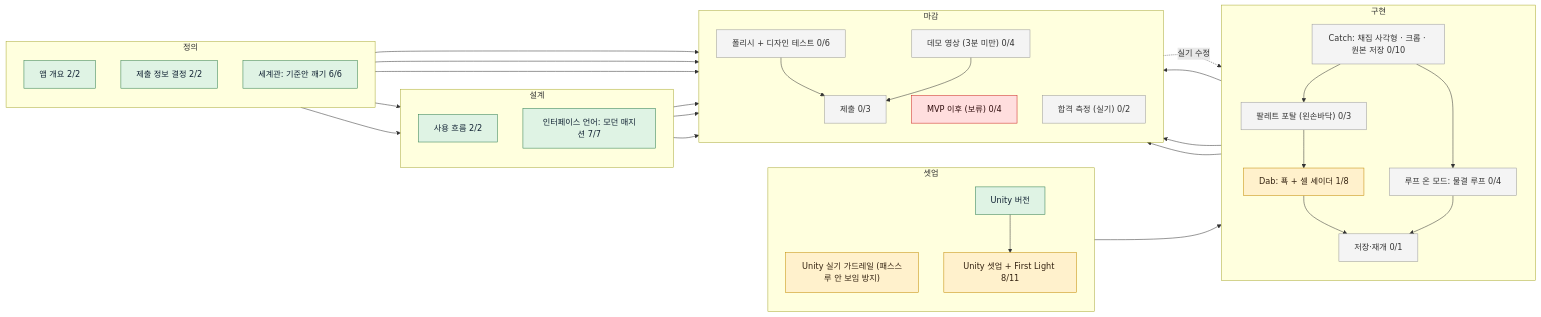
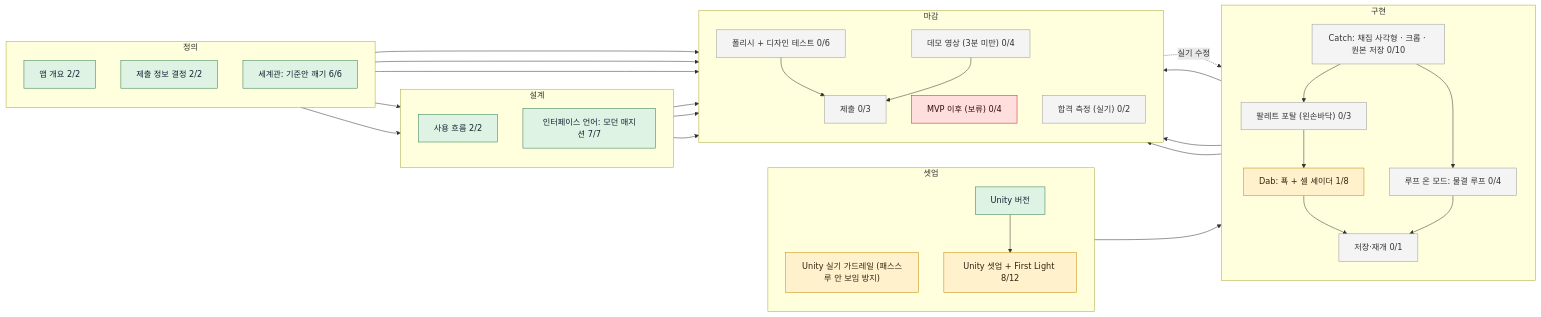
One commit to reality404studio/meta-mr-picker changed the diagram in board/BOARD.md. Above: the diagram before and after it, drawn with Mermaid. The commit also changed other lines of this file and 2 other files, not shown here.

````diff
--- a/board/BOARD.md
+++ b/board/BOARD.md
@@ -18,63 +18,63 @@
 ```mermaid
 flowchart LR
   subgraph s_define["정의"]
     direction TB
     brief["앱 개요 2/2"]:::done
     submit_meta["제출 정보 결정 2/2"]:::done
     world["세계관: 기준안 깨기 6/6"]:::done
   end
   subgraph s_design["설계"]
     direction TB
     usage_flow["사용 흐름 2/2"]:::done
     interface["인터페이스 언어: 모던 매지션 7/7"]:::done
   end
   subgraph s_prototype["셋업"]
     direction TB
     use_unity_guardrails["Unity 실기 가드레일 (패스스루 안 보임 방지)"]:::doing
     use_unity_version["Unity 버전"]:::done
-    setup["Unity 셋업 + First Light 8/11"]:::doing
+    setup["Unity 셋업 + First Light 8/12"]:::doing
   end
   subgraph s_build["구현"]
     direction TB
     catch["Catch: 채집 사각형 · 크롭 · 원본 저장 0/10"]:::todo
     loop["루프 온 모드: 물결 루프 0/4"]:::todo
     portal["팔레트 포탈 (왼손바닥) 0/3"]:::todo
     dab["Dab: 푝 + 셀 셰이더 1/8"]:::doing
     export["저장·재개 0/1"]:::todo
   end
   subgraph s_review["마감"]
     direction TB
     polish["폴리시 + 디자인 테스트 0/6"]:::todo
     demo_video["데모 영상 (3분 미만) 0/4"]:::todo
     submit["제출 0/3"]:::todo
     post_mvp["MVP 이후 (보류) 0/4"]:::blocked
     acceptance["합격 측정 (실기) 0/2"]:::todo
   end
   brief --> usage_flow
   use_unity_version --> setup
   setup --> catch
   catch --> loop
   catch --> portal
   portal --> dab
   dab --> export
   loop --> export
   export --> polish
   usage_flow --> polish
   catch --> demo_video
   polish --> submit
   demo_video --> submit
   submit_meta --> submit
   polish -.->|실기 수정| dab
   world --> demo_video
   world --> polish
   world --> interface
   interface --> polish
   interface --> demo_video
   dab --> acceptance
   classDef done fill:#dff3e4,stroke:#2e7d4f,color:#123
   classDef doing fill:#fff1cc,stroke:#c28a00,color:#321
   classDef review fill:#ece4ff,stroke:#6a4fc2,color:#213
   classDef proof fill:#dceaff,stroke:#3f7fd6,color:#123
   classDef todo fill:#f4f4f4,stroke:#999,color:#333
   classDef blocked fill:#ffdede,stroke:#c22,color:#311
 ```
````
